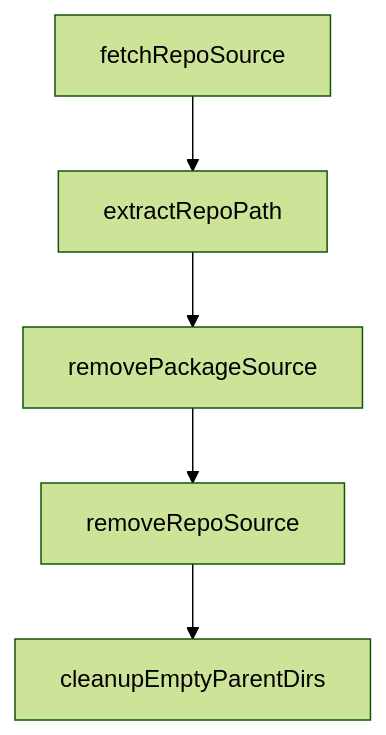
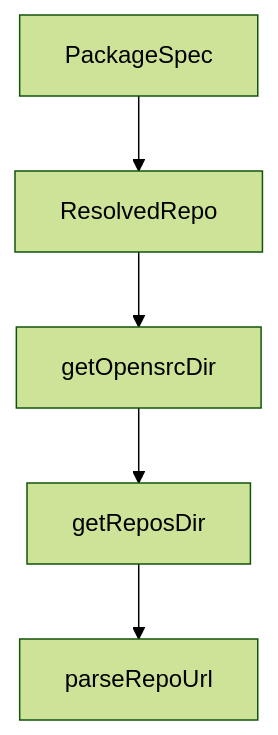
The diagram in tutorials/opensrc-tutorial/02-input-parsing-and-resolution-pipeline.md (johnxie/awesome-code-docs), drawn with Mermaid (forest theme) before and after one commit. The commit also changed other lines of this file and 1232 other files, not shown here.

````diff
--- a/tutorials/opensrc-tutorial/02-input-parsing-and-resolution-pipeline.md
+++ b/tutorials/opensrc-tutorial/02-input-parsing-and-resolution-pipeline.md
@@ -214,12 +179,12 @@
 ```mermaid
 flowchart TD
-    A[fetchRepoSource]
-    B[extractRepoPath]
-    C[removePackageSource]
-    D[removeRepoSource]
-    E[cleanupEmptyParentDirs]
+    A[PackageSpec]
+    B[ResolvedRepo]
+    C[getOpensrcDir]
+    D[getReposDir]
+    E[parseRepoUrl]
     A --> B
     B --> C
     C --> D
     D --> E
 ```
````
